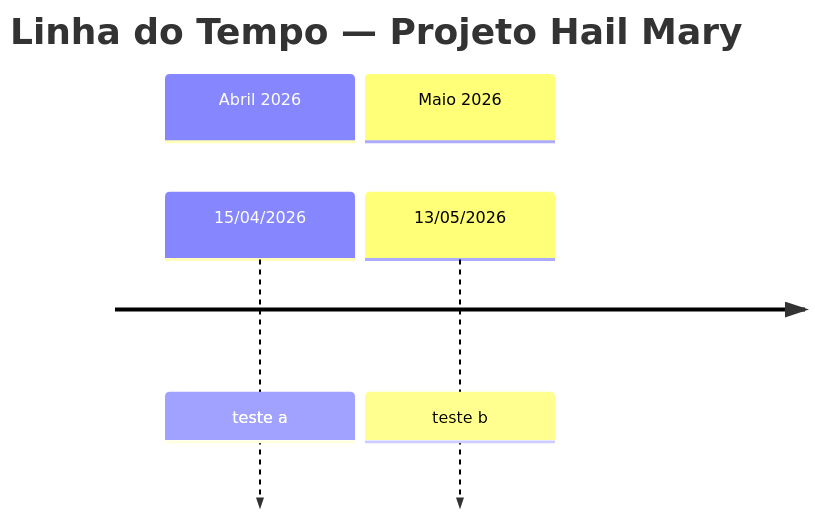
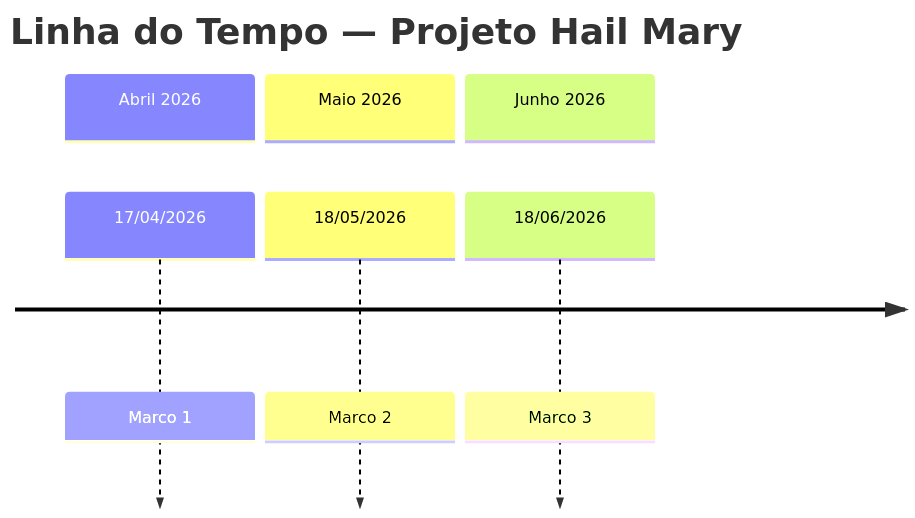
Before and after one commit to mathpitanguy/pitanguy: the diagram in docs/projetos/projeto_hail_mary.md, drawn with Mermaid. The commit also changed other lines of this file and 1 other file, not shown here.

````diff
--- a/docs/projetos/projeto_hail_mary.md
+++ b/docs/projetos/projeto_hail_mary.md
@@ -69,8 +69,10 @@
     ```mermaid
     timeline
         title Linha do Tempo — Projeto Hail Mary
         section Abril 2026
-            15/04/2026 : teste a
+            17/04/2026 : Marco 1
         section Maio 2026
-            13/05/2026 : teste b
+            18/05/2026 : Marco 2
+        section Junho 2026
+            18/06/2026 : Marco 3
     ```
````
